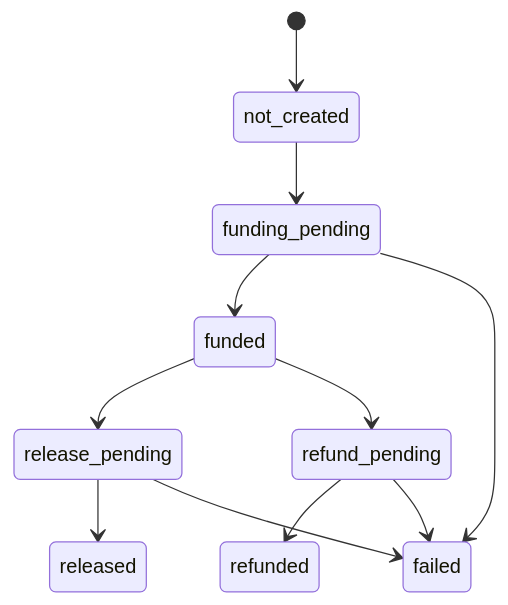
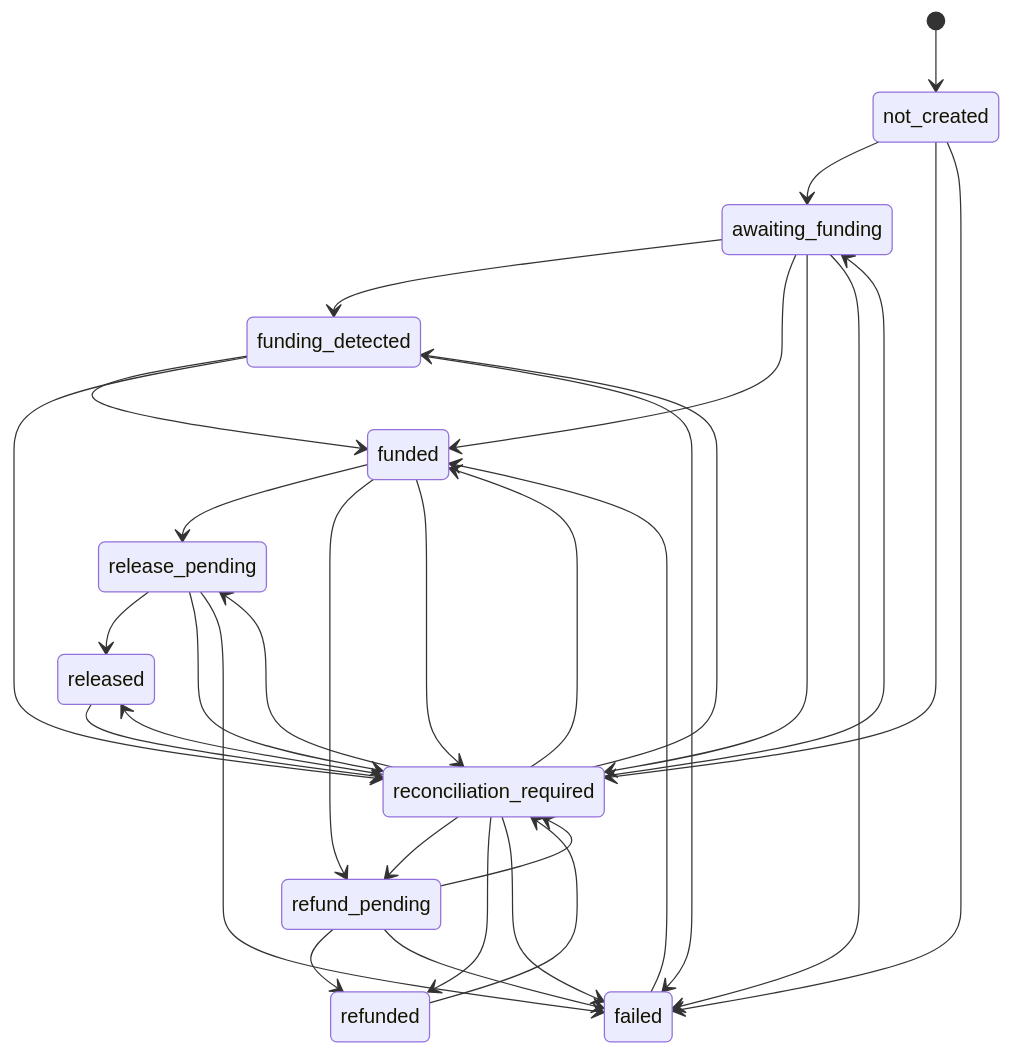
The diagram in docs/architecture/settlement.md (Ajayfrizzy/pactagent), drawn with Mermaid before and after one commit. The commit also changed other lines of this file and 97 other files, not shown here.

````diff
--- a/docs/architecture/settlement.md
+++ b/docs/architecture/settlement.md
@@ -5,13 +5,34 @@
 ```mermaid
 stateDiagram-v2
   [*] --> not_created
-  not_created --> funding_pending
-  funding_pending --> funded
+  not_created --> awaiting_funding
+  not_created --> reconciliation_required
+  not_created --> failed
+  awaiting_funding --> funding_detected
+  awaiting_funding --> funded
+  awaiting_funding --> reconciliation_required
+  awaiting_funding --> failed
+  funding_detected --> funded
+  funding_detected --> reconciliation_required
+  funding_detected --> failed
   funded --> release_pending
   funded --> refund_pending
+  funded --> reconciliation_required
   release_pending --> released
+  release_pending --> reconciliation_required
+  release_pending --> failed
   refund_pending --> refunded
-  funding_pending --> failed
-  release_pending --> failed
+  refund_pending --> reconciliation_required
   refund_pending --> failed
+  released --> reconciliation_required
+  refunded --> reconciliation_required
+  reconciliation_required --> awaiting_funding
+  reconciliation_required --> funding_detected
+  reconciliation_required --> funded
+  reconciliation_required --> release_pending
+  reconciliation_required --> released
+  reconciliation_required --> refund_pending
+  reconciliation_required --> refunded
+  reconciliation_required --> failed
+  failed --> funded
 ```
````
